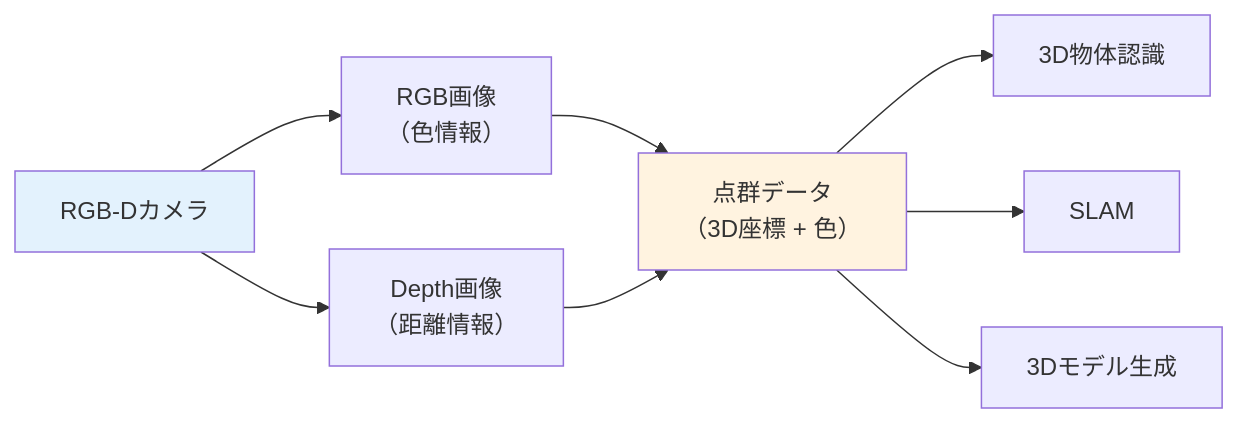
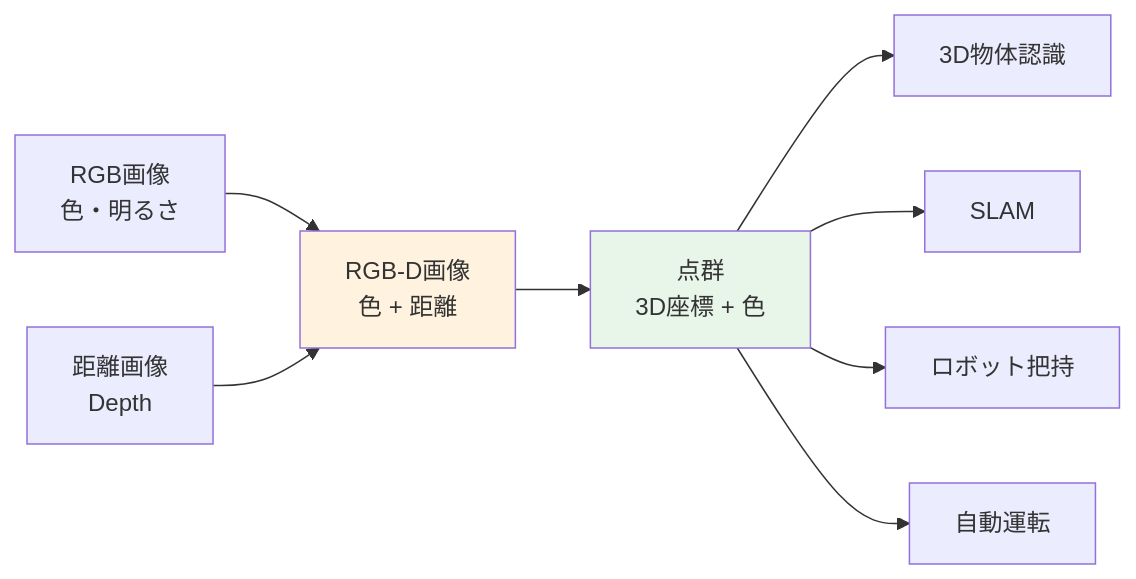
Before and after one commit to fit-ime-cao/keisoku-kogaku: the first of 2 diagrams in docs/weeks/week-10.md, drawn with Mermaid. The commit also changed other lines of this file and 12 other files, not shown here.

````diff
--- a/docs/weeks/week-10.md
+++ b/docs/weeks/week-10.md
@@ -54,12 +49,12 @@
 ```mermaid
 graph LR
-    A["RGB-Dカメラ"] --> B["RGB画像<br>（色情報）"]
-    A --> C["Depth画像<br>（距離情報）"]
-    B --> D["点群データ<br>（3D座標 + 色）"]
-    C --> D
+    A["RGB画像<br>色・明るさ"] --> C["RGB-D画像<br>色 + 距離"]
+    B["距離画像<br>Depth"] --> C
+    C --> D["点群<br>3D座標 + 色"]
     D --> E["3D物体認識"]
     D --> F["SLAM"]
-    D --> G["3Dモデル生成"]
-    style A fill:#E3F2FD,color:#333
-    style D fill:#FFF3E0,color:#333
+    D --> G["ロボット把持"]
+    D --> H["自動運転"]
+    style C fill:#FFF3E0,color:#333
+    style D fill:#E8F5E9,color:#333
 ```
````
